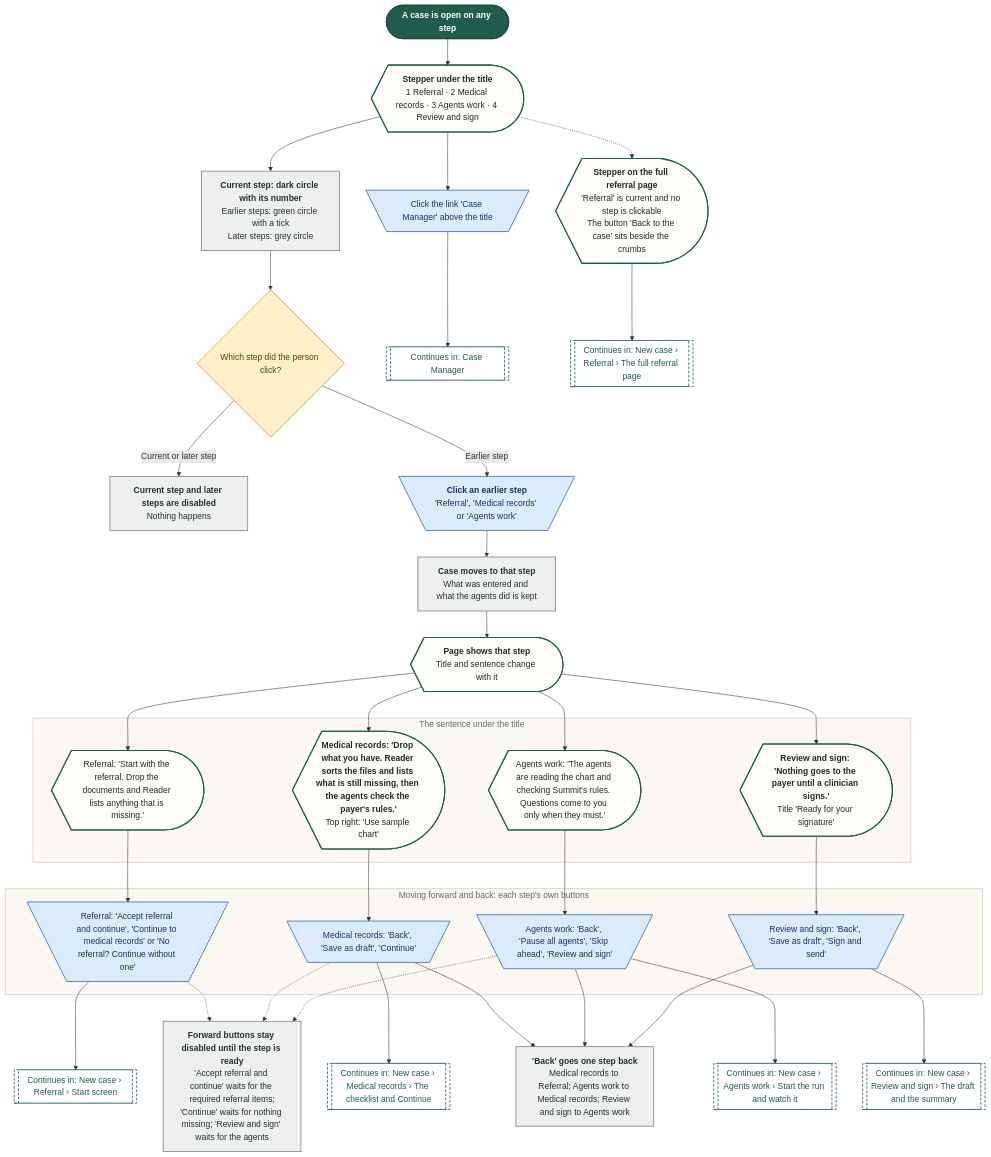
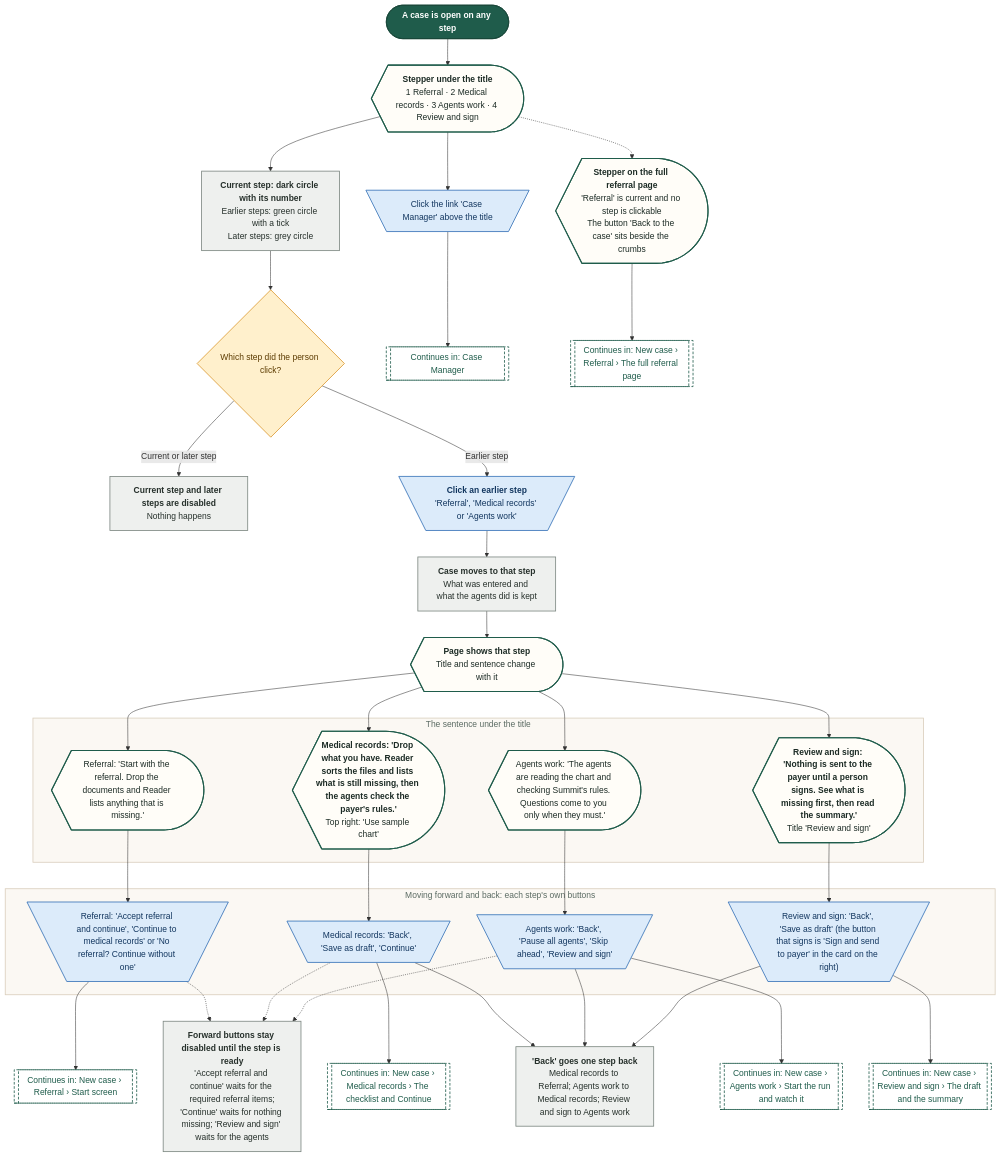
One commit to Shrav143/psyfloapp changed the second of 37 diagrams in demos/prior-auth-demo/workflows/out/md/04-new-case.md. Above: the diagram before and after it, drawn with Mermaid. The commit also changed other lines of this file and 192 other files, not shown here.

First line of the commit message:
docs: changelog by sidebar tab; README, diagrams and Settings layout aligned with the refinement; shared InfoTip; referral cost-share line

````diff
--- a/demos/prior-auth-demo/workflows/out/md/04-new-case.md
+++ b/demos/prior-auth-demo/workflows/out/md/04-new-case.md
@@ -121,77 +121,77 @@
 ```mermaid
 %%{init: {"theme":"base","themeVariables":{"fontFamily":"'DM Sans', 'Segoe UI', system-ui, sans-serif","fontSize":"15px","lineColor":"#5B6B63","primaryTextColor":"#1C2B25","clusterBkg":"#FBF8F3","clusterBorder":"#D9CDBB","edgeLabelBackground":"#FFFFFF"},"flowchart":{"curve":"basis","nodeSpacing":36,"rankSpacing":48,"padding":12,"htmlLabels":true,"useMaxWidth":false,"wrappingWidth":230}} }%%
 flowchart TD
   classDef k_start fill:#1F5C4B,stroke:#174638,color:#FFFFFF,stroke-width:1.5px,font-weight:600
   classDef k_end fill:#DDEFE3,stroke:#2E7D4F,color:#14502F,stroke-width:1.5px,font-weight:600
   classDef k_endx fill:#FBE3E0,stroke:#C0392B,color:#7A1F16,stroke-width:1.5px,font-weight:600
   classDef k_screen fill:#FFFDF8,stroke:#1F5C4B,color:#1C2B25,stroke-width:2px
   classDef k_overlay fill:#F1F7F3,stroke:#1F5C4B,color:#1C2B25,stroke-width:2px,stroke-dasharray:5 3
   classDef k_click fill:#DCEBFA,stroke:#2F6DB5,color:#12365F,stroke-width:1.5px
   classDef k_input fill:#E4E7FF,stroke:#4C5FD5,color:#1D2670,stroke-width:1.5px
   classDef k_process fill:#EEF0EE,stroke:#7A857F,color:#26302B,stroke-width:1.5px
   classDef k_agent fill:#EEE5FA,stroke:#7A4FC2,color:#341A63,stroke-width:1.5px
   classDef k_decision fill:#FFF0CC,stroke:#D9962B,color:#5C3B00,stroke-width:1.5px
   classDef k_store fill:#D5F0EA,stroke:#1C8E7B,color:#0B4A3F,stroke-width:1.5px
   classDef k_doc fill:#F6E9DC,stroke:#B07A4C,color:#4A2E14,stroke-width:1.5px
   classDef k_ext fill:#FFE6D2,stroke:#E07B39,color:#6B2F06,stroke-width:1.5px
   classDef k_wait fill:#E4E8EE,stroke:#6B7C93,color:#26303D,stroke-width:1.5px
   classDef k_toast fill:#FFF9DB,stroke:#C9A400,color:#5A4A00,stroke-width:1.5px
   classDef k_goto fill:#FFFFFF,stroke:#1F5C4B,color:#1F5C4B,stroke-width:1.5px,stroke-dasharray:5 3
   s1@{ shape: stadium, label: "A case is open on any step" }
   sc1@{ shape: curv-trap, label: "<b>Stepper under the title</b><br/>1 Referral · 2 Medical records · 3 Agents work · 4 Review and sign" }
   p1@{ shape: rect, label: "<b>Current step: dark circle with its number</b><br/>Earlier steps: green circle with a tick<br/>Later steps: grey circle" }
   d1@{ shape: diam, label: "Which step did the person click?" }
   pNo@{ shape: rect, label: "<b>Current step and later steps are disabled</b><br/>Nothing happens" }
   c1@{ shape: trap-t, label: "<b>Click an earlier step</b><br/>'Referral', 'Medical records' or 'Agents work'" }
   p2@{ shape: rect, label: "<b>Case moves to that step</b><br/>What was entered and what the agents did is kept" }
   sc2@{ shape: curv-trap, label: "<b>Page shows that step</b><br/>Title and sentence change with it" }
   subgraph gSub ["The sentence under the title"]
   t1@{ shape: curv-trap, label: "Referral: 'Start with the referral. Drop the documents and Reader lists anything that is missing.'" }
   t2@{ shape: curv-trap, label: "<b>Medical records: 'Drop what you have. Reader sorts the files and lists what is still missing, then the agents check the payer's rules.'</b><br/>Top right: 'Use sample chart'" }
   t3@{ shape: curv-trap, label: "Agents work: 'The agents are reading the chart and checking Summit's rules. Questions come to you only when they must.'" }
-  t4@{ shape: curv-trap, label: "<b>Review and sign: 'Nothing goes to the payer until a clinician signs.'</b><br/>Title 'Ready for your signature'" }
+  t4@{ shape: curv-trap, label: "<b>Review and sign: 'Nothing is sent to the payer until a person signs. See what is missing first, then read the summary.'</b><br/>Title 'Review and sign'" }
   end
   subgraph gFwd ["Moving forward and back: each step's own buttons"]
   b1@{ shape: trap-t, label: "Referral: 'Accept referral and continue', 'Continue to medical records' or 'No referral? Continue without one'" }
   b2@{ shape: trap-t, label: "Medical records: 'Back', 'Save as draft', 'Continue'" }
   b3@{ shape: trap-t, label: "Agents work: 'Back', 'Pause all agents', 'Skip ahead', 'Review and sign'" }
-  b4@{ shape: trap-t, label: "Review and sign: 'Back', 'Save as draft', 'Sign and send'" }
+  b4@{ shape: trap-t, label: "Review and sign: 'Back', 'Save as draft' (the button that signs is 'Sign and send to payer' in the card on the right)" }
   end
   pBack@{ shape: rect, label: "<b>'Back' goes one step back</b><br/>Medical records to Referral; Agents work to Medical records; Review and sign to Agents work" }
   pNext@{ shape: rect, label: "<b>Forward buttons stay disabled until the step is ready</b><br/>'Accept referral and continue' waits for the required referral items;<br/>'Continue' waits for nothing missing; 'Review and sign' waits for the agents" }
   cLink@{ shape: trap-t, label: "Click the link 'Case Manager' above the title" }
   gCm@{ shape: subproc, label: "Continues in: Case Manager" }
   sFull@{ shape: curv-trap, label: "<b>Stepper on the full referral page</b><br/>'Referral' is current and no step is clickable<br/>The button 'Back to the case' sits beside the crumbs" }
   gFull@{ shape: subproc, label: "Continues in: New case › Referral › The full referral page" }
   g1@{ shape: subproc, label: "Continues in: New case › Referral › Start screen" }
   g2@{ shape: subproc, label: "Continues in: New case › Medical records › The checklist and Continue" }
   g3@{ shape: subproc, label: "Continues in: New case › Agents work › Start the run and watch it" }
   g4@{ shape: subproc, label: "Continues in: New case › Review and sign › The draft and the summary" }
   s1 --> sc1 --> p1 --> d1
   d1 -->|"Current or later step"| pNo
   d1 -->|"Earlier step"| c1 --> p2 --> sc2
   sc2 --> t1
   sc2 --> t2
   sc2 --> t3
   sc2 --> t4
   t1 --> b1 --> g1
   t2 --> b2 --> g2
   t3 --> b3 --> g3
   t4 --> b4 --> g4
   b2 --> pBack
   b3 --> pBack
   b4 --> pBack
   b1 -.-> pNext
   b2 -.-> pNext
   b3 -.-> pNext
   sc1 --> cLink --> gCm
   sc1 -.-> sFull --> gFull
   class s1 k_start
   class sc1,sc2,t1,t2,t3,t4,sFull k_screen
   class p1,pNo,p2,pBack,pNext k_process
   class d1 k_decision
   class c1,b1,b2,b3,b4,cLink k_click
   class gCm,gFull,g1,g2,g3,g4 k_goto
   style gSub fill:#FBF8F3,stroke:#D9CDBB,stroke-width:1.5px,color:#5B6B63
   style gFwd fill:#FBF8F3,stroke:#D9CDBB,stroke-width:1.5px,color:#5B6B63
 ```
````
